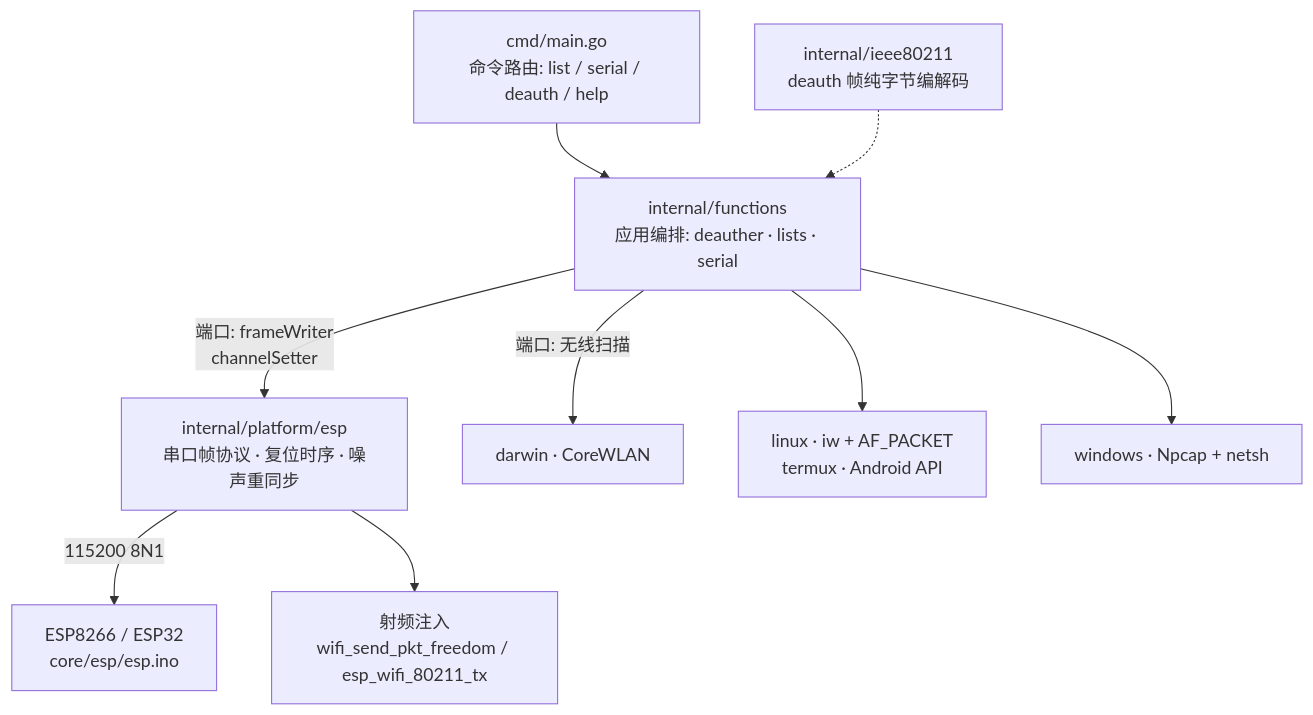
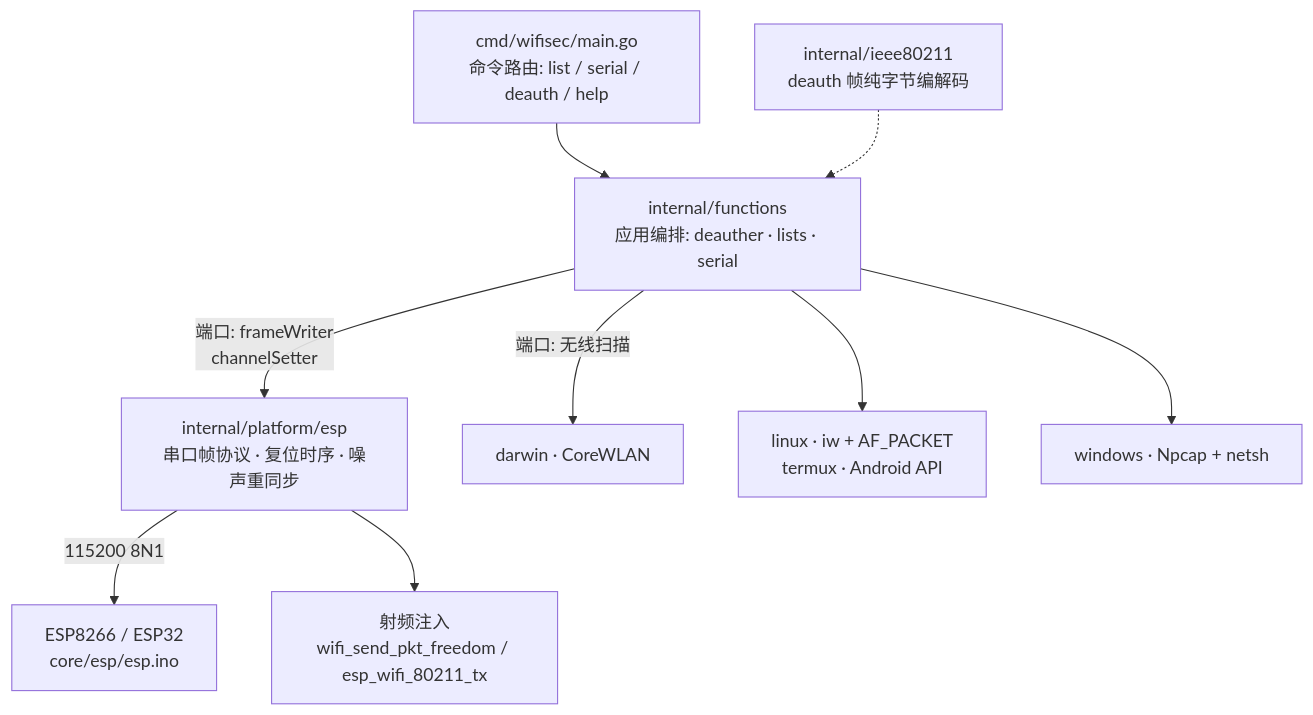
The diagram in README.md (ctkqiang/wifisec), drawn with Mermaid before and after one commit. The commit also changed other lines of this file and 6 other files, not shown here.

First line of the commit message:
fix(build): 入口迁移至 cmd/wifisec 使 go install 直接产出 wifisec 二进制

````diff
--- a/README.md
+++ b/README.md
@@ -96,11 +96,11 @@
 ```mermaid
 flowchart TB
-    CLI["cmd/main.go<br/>命令路由: list / serial / deauth / help"] --> APP["internal/functions<br/>应用编排: deauther · lists · serial"]
+    CLI["cmd/wifisec/main.go<br/>命令路由: list / serial / deauth / help"] --> APP["internal/functions<br/>应用编排: deauther · lists · serial"]
     APP -->|"端口: frameWriter<br/>channelSetter"| ESP["internal/platform/esp<br/>串口帧协议 · 复位时序 · 噪声重同步"]
     APP -->|"端口: 无线扫描"| DAR["darwin · CoreWLAN"]
     APP --> LIN["linux · iw + AF_PACKET<br/>termux · Android API"]
     APP --> WIN["windows · Npcap + netsh"]
     ESP -->|"115200 8N1"| HW["ESP8266 / ESP32<br/>core/esp/esp.ino"]
     IEEE["internal/ieee80211<br/>deauth 帧纯字节编解码"] -.-> APP
     ESP --> HW2["射频注入<br/>wifi_send_pkt_freedom / esp_wifi_80211_tx"]
 ```
````
